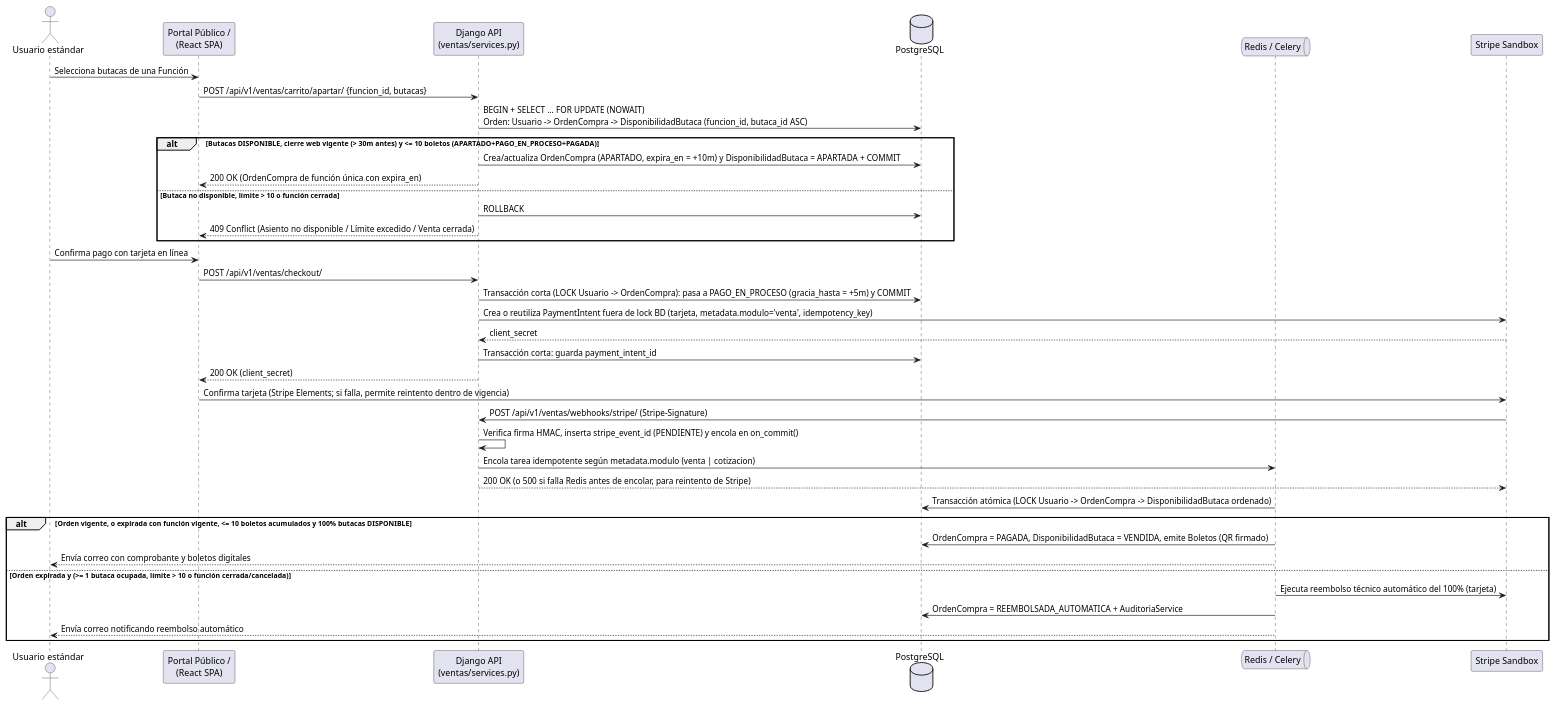
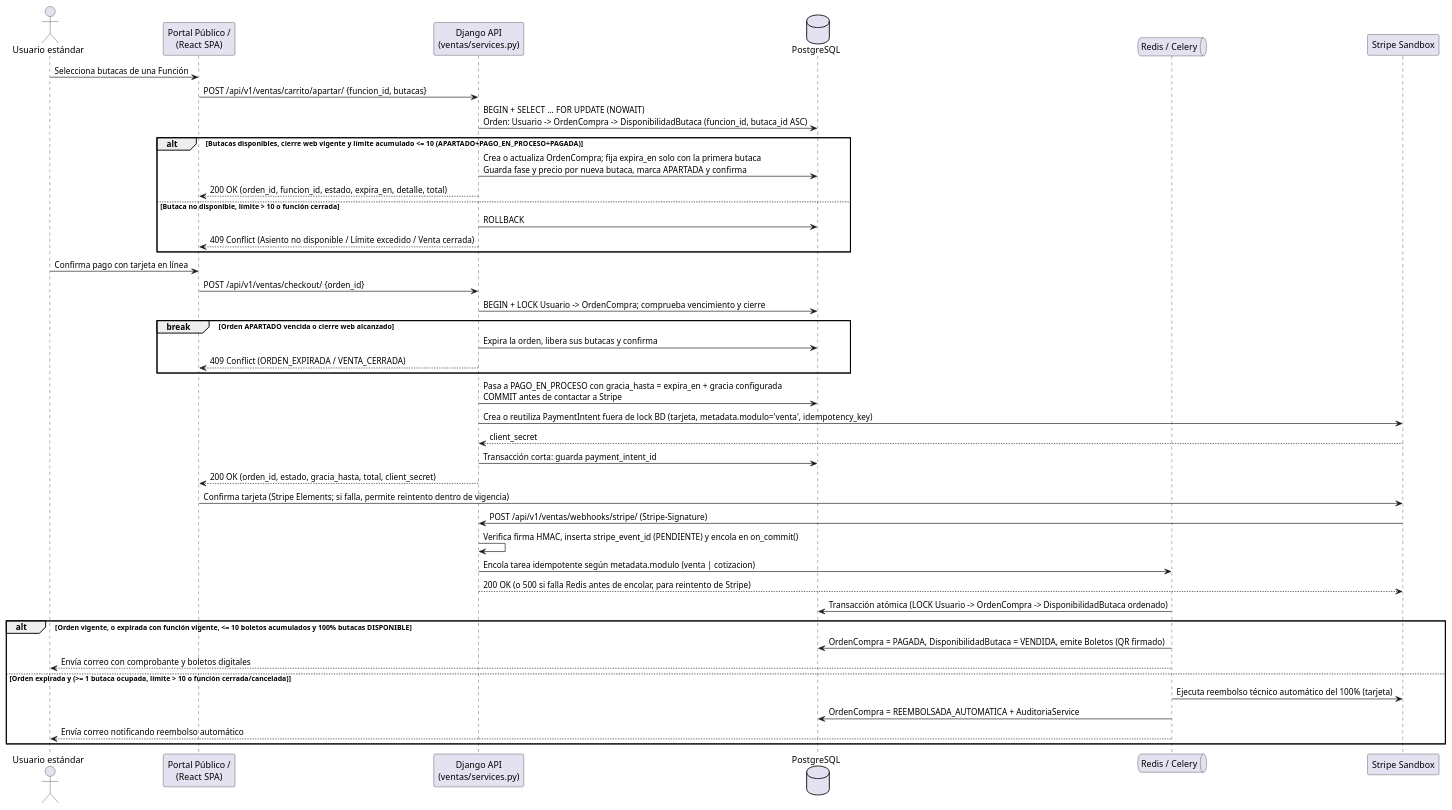
The third of 5 diagrams in docs/arquitectura.md (AntonioVargas97/Teatro), drawn with PlantUML before and after one commit. The commit also changed other lines of this file and 2 other files, not shown here.

Commit message:
Contrato de api

````diff
--- a/docs/arquitectura.md
+++ b/docs/arquitectura.md
@@ -180,46 +180,51 @@
 ```plantuml
 @startuml
 actor "Usuario estándar" as U
 participant "Portal Público /\n(React SPA)" as FE
 participant "Django API\n(ventas/services.py)" as API
 database "PostgreSQL" as PG
 queue "Redis / Celery" as Q
 participant "Stripe Sandbox" as ST
 
 U -> FE : Selecciona butacas de una Función
 FE -> API : POST /api/v1/ventas/carrito/apartar/ {funcion_id, butacas}
 API -> PG : BEGIN + SELECT ... FOR UPDATE (NOWAIT)\nOrden: Usuario -> OrdenCompra -> DisponibilidadButaca (funcion_id, butaca_id ASC)
 
-alt Butacas DISPONIBLE, cierre web vigente (> 30m antes) y <= 10 boletos (APARTADO+PAGO_EN_PROCESO+PAGADA)
-    API -> PG : Crea/actualiza OrdenCompra (APARTADO, expira_en = +10m) y DisponibilidadButaca = APARTADA + COMMIT
-    API --> FE : 200 OK (OrdenCompra de función única con expira_en)
+alt Butacas disponibles, cierre web vigente y límite acumulado <= 10 (APARTADO+PAGO_EN_PROCESO+PAGADA)
+    API -> PG : Crea o actualiza OrdenCompra; fija expira_en solo con la primera butaca\nGuarda fase y precio por nueva butaca, marca APARTADA y confirma
+    API --> FE : 200 OK (orden_id, funcion_id, estado, expira_en, detalle, total)
 else Butaca no disponible, límite > 10 o función cerrada
     API -> PG : ROLLBACK
     API --> FE : 409 Conflict (Asiento no disponible / Límite excedido / Venta cerrada)
 end
 
 U -> FE : Confirma pago con tarjeta en línea
-FE -> API : POST /api/v1/ventas/checkout/
-API -> PG : Transacción corta (LOCK Usuario -> OrdenCompra): pasa a PAGO_EN_PROCESO (gracia_hasta = +5m) y COMMIT
+FE -> API : POST /api/v1/ventas/checkout/ {orden_id}
+API -> PG : BEGIN + LOCK Usuario -> OrdenCompra; comprueba vencimiento y cierre
+break Orden APARTADO vencida o cierre web alcanzado
+    API -> PG : Expira la orden, libera sus butacas y confirma
+    API --> FE : 409 Conflict (ORDEN_EXPIRADA / VENTA_CERRADA)
+end
+API -> PG : Pasa a PAGO_EN_PROCESO con gracia_hasta = expira_en + gracia configurada\nCOMMIT antes de contactar a Stripe
 API -> ST : Crea o reutiliza PaymentIntent fuera de lock BD (tarjeta, metadata.modulo='venta', idempotency_key)
 ST --> API : client_secret
 API -> PG : Transacción corta: guarda payment_intent_id
-API --> FE : 200 OK (client_secret)
+API --> FE : 200 OK (orden_id, estado, gracia_hasta, total, client_secret)
 FE -> ST : Confirma tarjeta (Stripe Elements; si falla, permite reintento dentro de vigencia)
 
 ST -> API : POST /api/v1/ventas/webhooks/stripe/ (Stripe-Signature)
 API -> API : Verifica firma HMAC, inserta stripe_event_id (PENDIENTE) y encola en on_commit()
 API -> Q : Encola tarea idempotente según metadata.modulo (venta | cotizacion)
 API --> ST : 200 OK (o 500 si falla Redis antes de encolar, para reintento de Stripe)
 
 Q -> PG : Transacción atómica (LOCK Usuario -> OrdenCompra -> DisponibilidadButaca ordenado)
 alt Orden vigente, o expirada con función vigente, <= 10 boletos acumulados y 100% butacas DISPONIBLE
     Q -> PG : OrdenCompra = PAGADA, DisponibilidadButaca = VENDIDA, emite Boletos (QR firmado)
     Q --> U : Envía correo con comprobante y boletos digitales
 else Orden expirada y (>= 1 butaca ocupada, límite > 10 o función cerrada/cancelada)
     Q -> ST : Ejecuta reembolso técnico automático del 100% (tarjeta)
     Q -> PG : OrdenCompra = REEMBOLSADA_AUTOMATICA + AuditoriaService
     Q --> U : Envía correo notificando reembolso automático
 end
 @enduml
 ```
````
